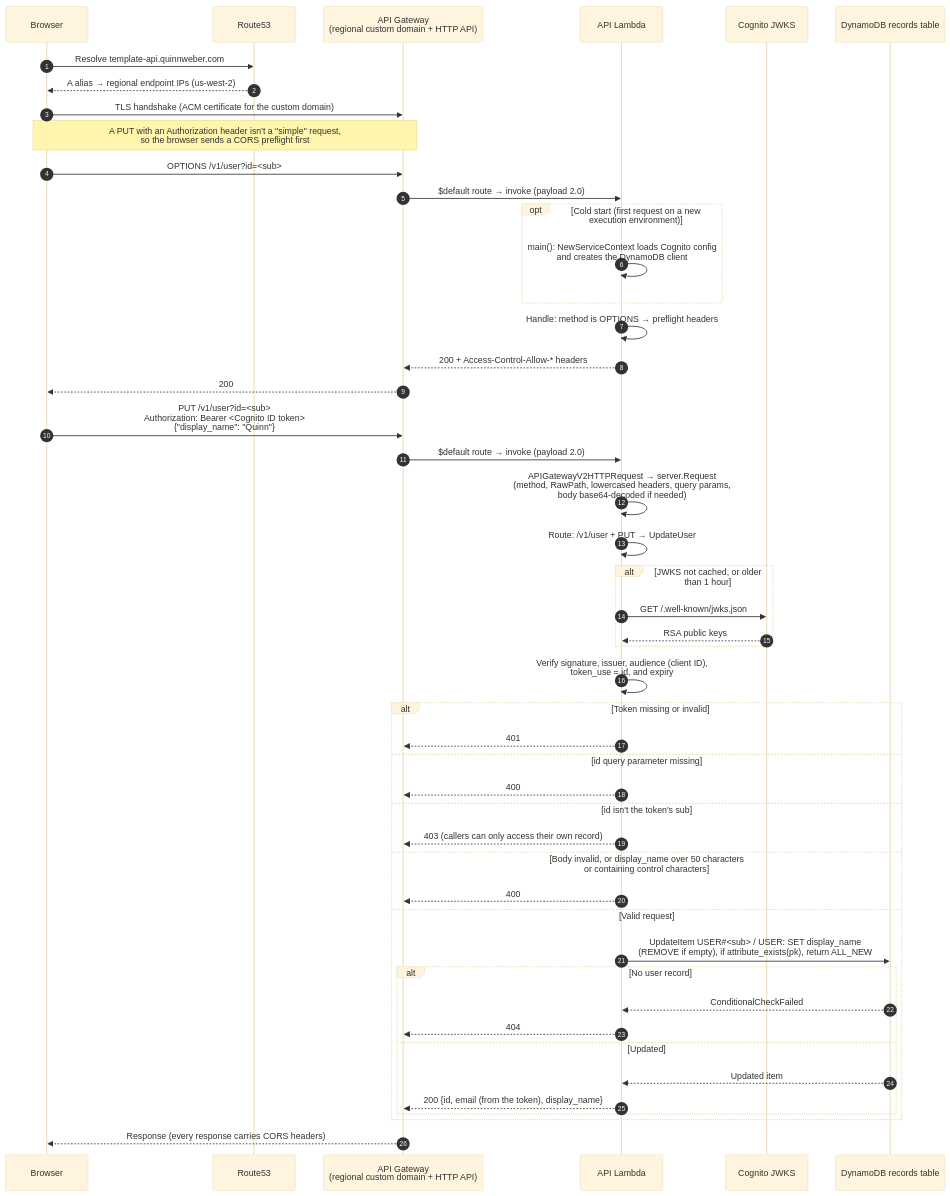
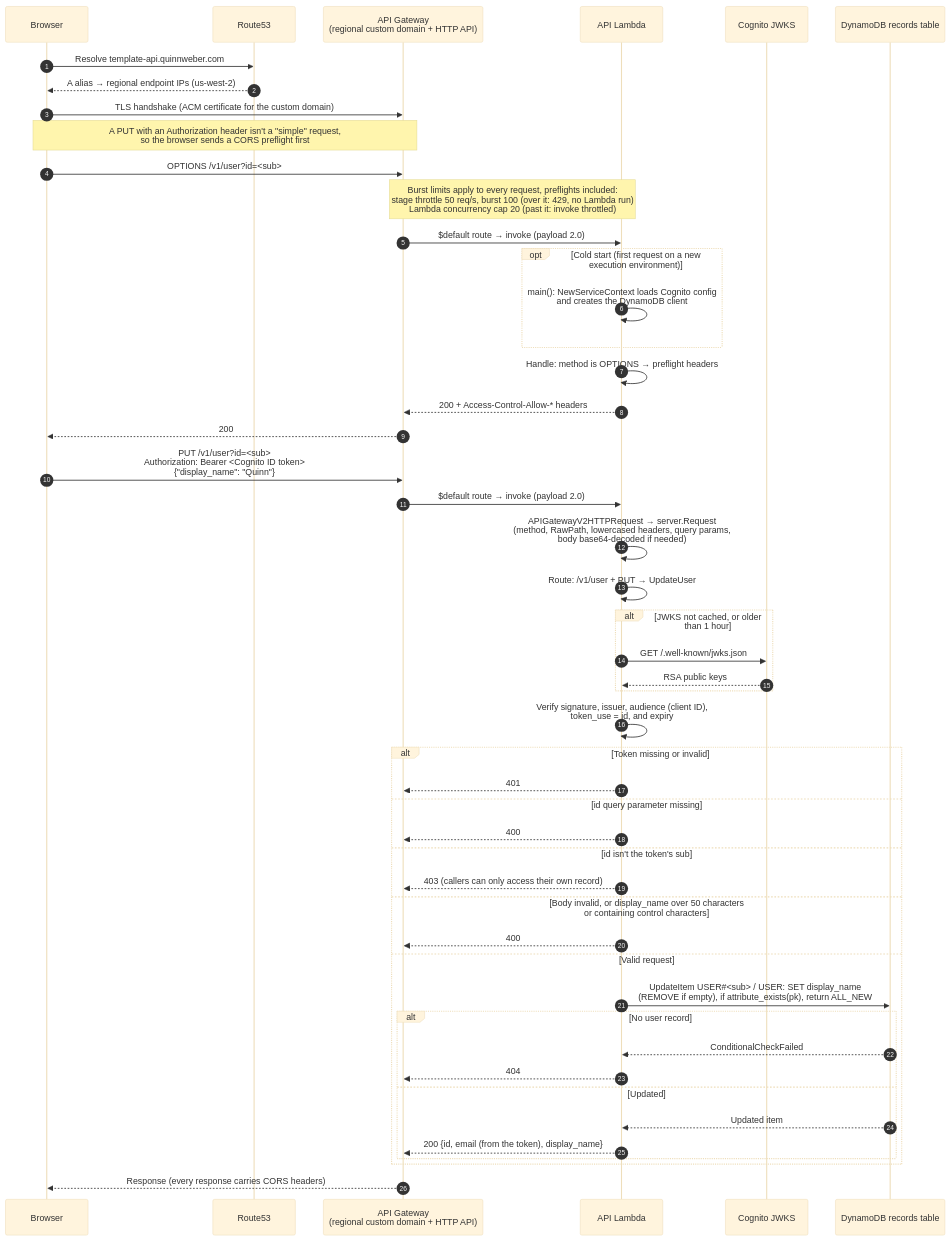
The second of 2 diagrams in docs/request-lifecycle.md (qsweber/go-template), drawn with Mermaid (base theme) before and after one commit. The commit also changed other lines of this file, not shown here.

First line of the commit message:
Document the API burst limits in the request lifecycle doc

````diff
--- a/docs/request-lifecycle.md
+++ b/docs/request-lifecycle.md
@@ -77,53 +77,54 @@
 ```mermaid
 sequenceDiagram
     autonumber
     participant B as Browser
     participant DNS as Route53
     participant APIGW as API Gateway<br/>(regional custom domain + HTTP API)
     participant L as API Lambda
     participant C as Cognito JWKS
     participant D as DynamoDB records table
 
     B->>DNS: Resolve template-api.quinnweber.com
     DNS-->>B: A alias → regional endpoint IPs (us-west-2)
     B->>APIGW: TLS handshake (ACM certificate for the custom domain)
 
     Note over B,APIGW: A PUT with an Authorization header isn't a "simple" request,<br/>so the browser sends a CORS preflight first
     B->>APIGW: OPTIONS /v1/user?id=<sub>
+    Note over APIGW,L: Burst limits apply to every request, preflights included:<br/>stage throttle 50 req/s, burst 100 (over it: 429, no Lambda run)<br/>Lambda concurrency cap 20 (past it: invoke throttled)
     APIGW->>L: $default route → invoke (payload 2.0)
     opt Cold start (first request on a new execution environment)
         L->>L: main(): NewServiceContext loads Cognito config<br/>and creates the DynamoDB client
     end
     L->>L: Handle: method is OPTIONS → preflight headers
     L-->>APIGW: 200 + Access-Control-Allow-* headers
     APIGW-->>B: 200
 
     B->>APIGW: PUT /v1/user?id=<sub><br/>Authorization: Bearer <Cognito ID token><br/>{"display_name": "Quinn"}
     APIGW->>L: $default route → invoke (payload 2.0)
     L->>L: APIGatewayV2HTTPRequest → server.Request<br/>(method, RawPath, lowercased headers, query params,<br/>body base64-decoded if needed)
     L->>L: Route: /v1/user + PUT → UpdateUser
     alt JWKS not cached, or older than 1 hour
         L->>C: GET /.well-known/jwks.json
         C-->>L: RSA public keys
     end
     L->>L: Verify signature, issuer, audience (client ID),<br/>token_use = id, and expiry
     alt Token missing or invalid
         L-->>APIGW: 401
     else id query parameter missing
         L-->>APIGW: 400
     else id isn't the token's sub
         L-->>APIGW: 403 (callers can only access their own record)
     else Body invalid, or display_name over 50 characters<br/>or containing control characters
         L-->>APIGW: 400
     else Valid request
         L->>D: UpdateItem USER#35;<sub> / USER: SET display_name<br/>(REMOVE if empty), if attribute_exists(pk), return ALL_NEW
         alt No user record
             D-->>L: ConditionalCheckFailed
             L-->>APIGW: 404
         else Updated
             D-->>L: Updated item
             L-->>APIGW: 200 {id, email (from the token), display_name}
         end
     end
     APIGW-->>B: Response (every response carries CORS headers)
 ```
````
